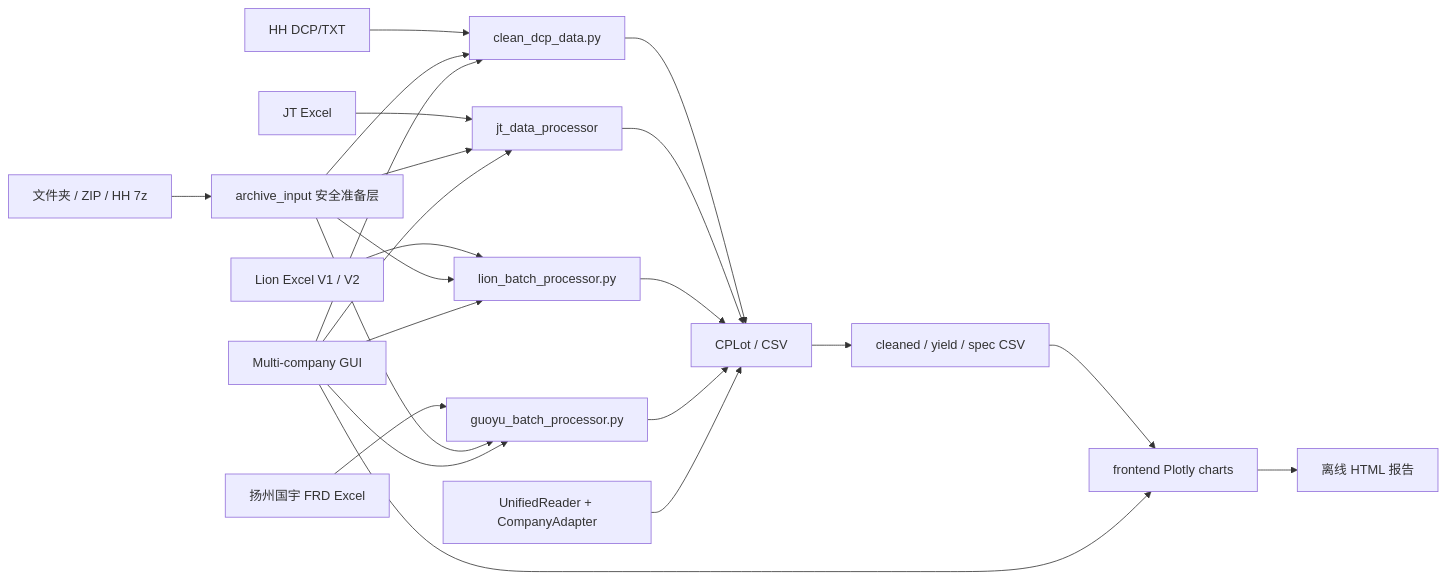
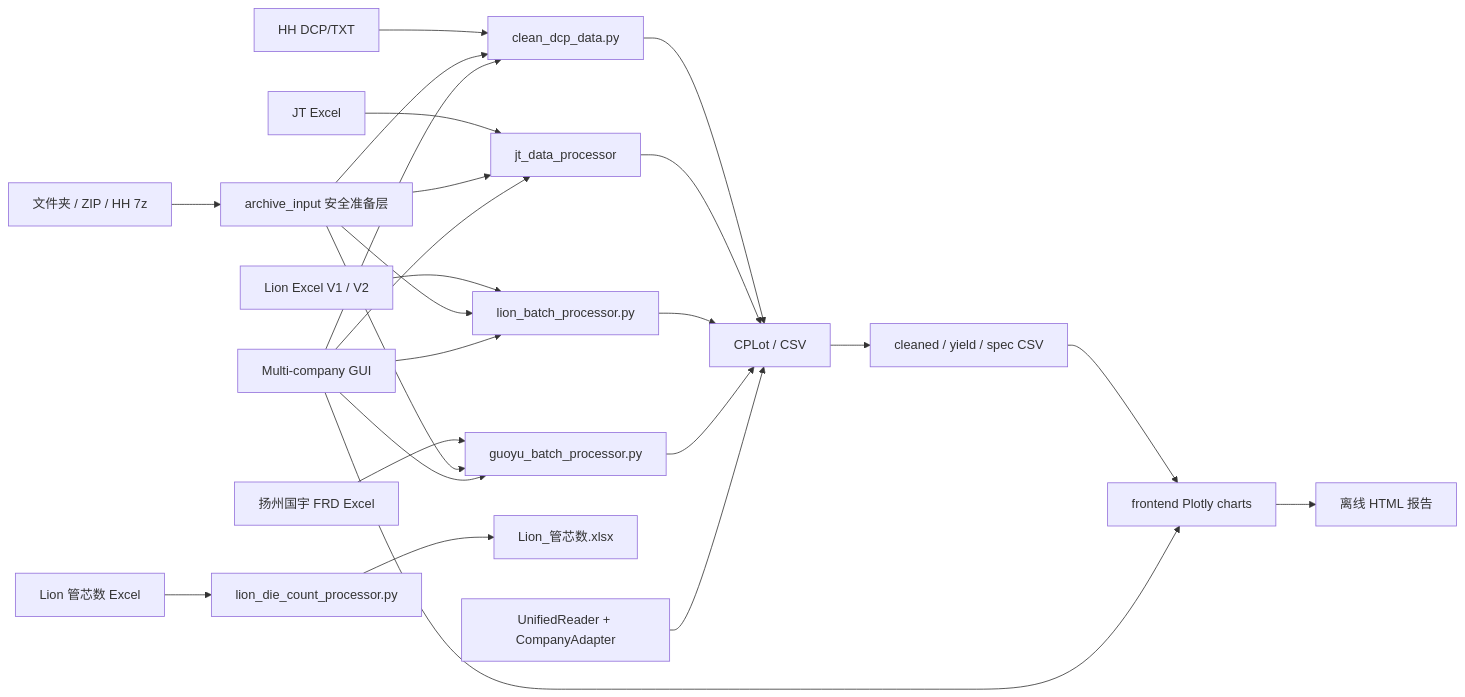
The diagram in docs/architecture.md (Chenchao981/cp_data_ansys), drawn with Mermaid before and after one commit. The commit also changed other lines of this file and 14 other files, not shown here.

Commit message:
feat: add Lion wafer die count workflow

````diff
--- a/docs/architecture.md
+++ b/docs/architecture.md
@@ -17,25 +17,27 @@
 ```mermaid
 flowchart LR
     A["HH DCP/TXT"] --> H["clean_dcp_data.py"]
     B["JT Excel"] --> J["jt_data_processor"]
     C["Lion Excel V1 / V2"] --> L["lion_batch_processor.py"]
+    C2["Lion 管芯数 Excel"] --> L2["lion_die_count_processor.py"]
     D["扬州国宇 FRD Excel"] --> Y["guoyu_batch_processor.py"]
     Z["文件夹 / ZIP / HH 7z"] --> P["archive_input 安全准备层"]
     P --> H
     P --> J
     P --> L
     P --> Y
     H --> M["CPLot / CSV"]
     J --> M
     L --> M
+    L2 --> E["Lion_管芯数.xlsx"]
     Y --> M
     U["UnifiedReader + CompanyAdapter"] --> M
     M --> S["cleaned / yield / spec CSV"]
     S --> F["frontend Plotly charts"]
     F --> R["离线 HTML 报告"]
     G["Multi-company GUI"] --> H
     G --> J
     G --> L
     G --> Y
     G --> F
 ```
````
